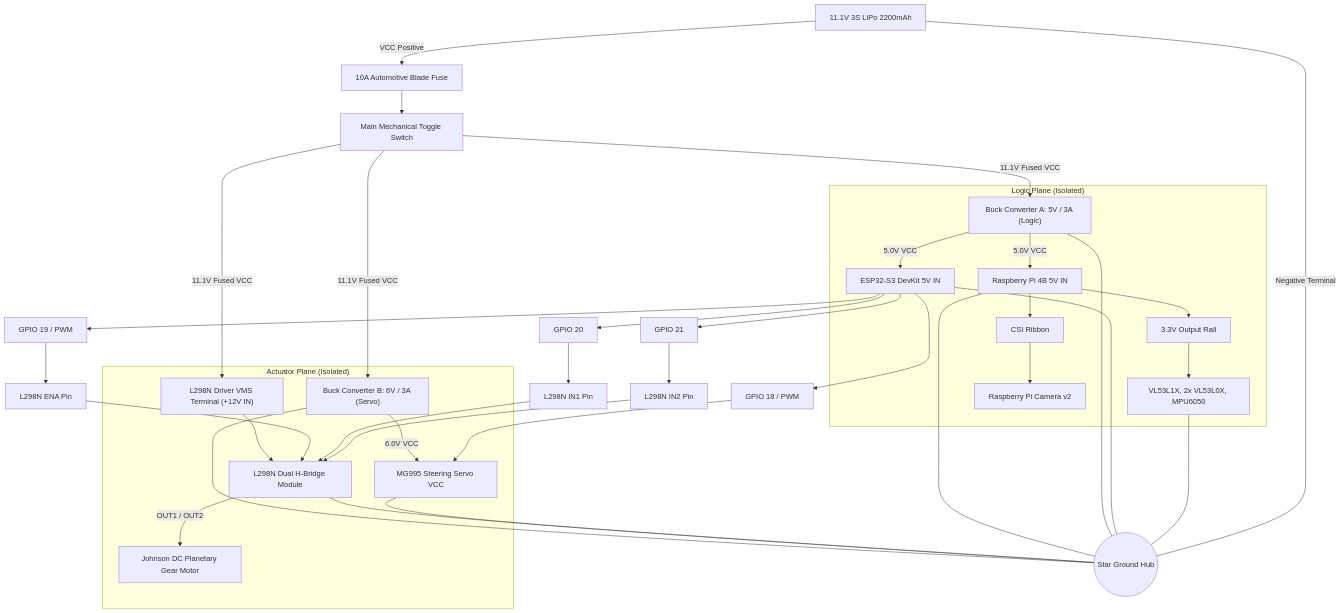
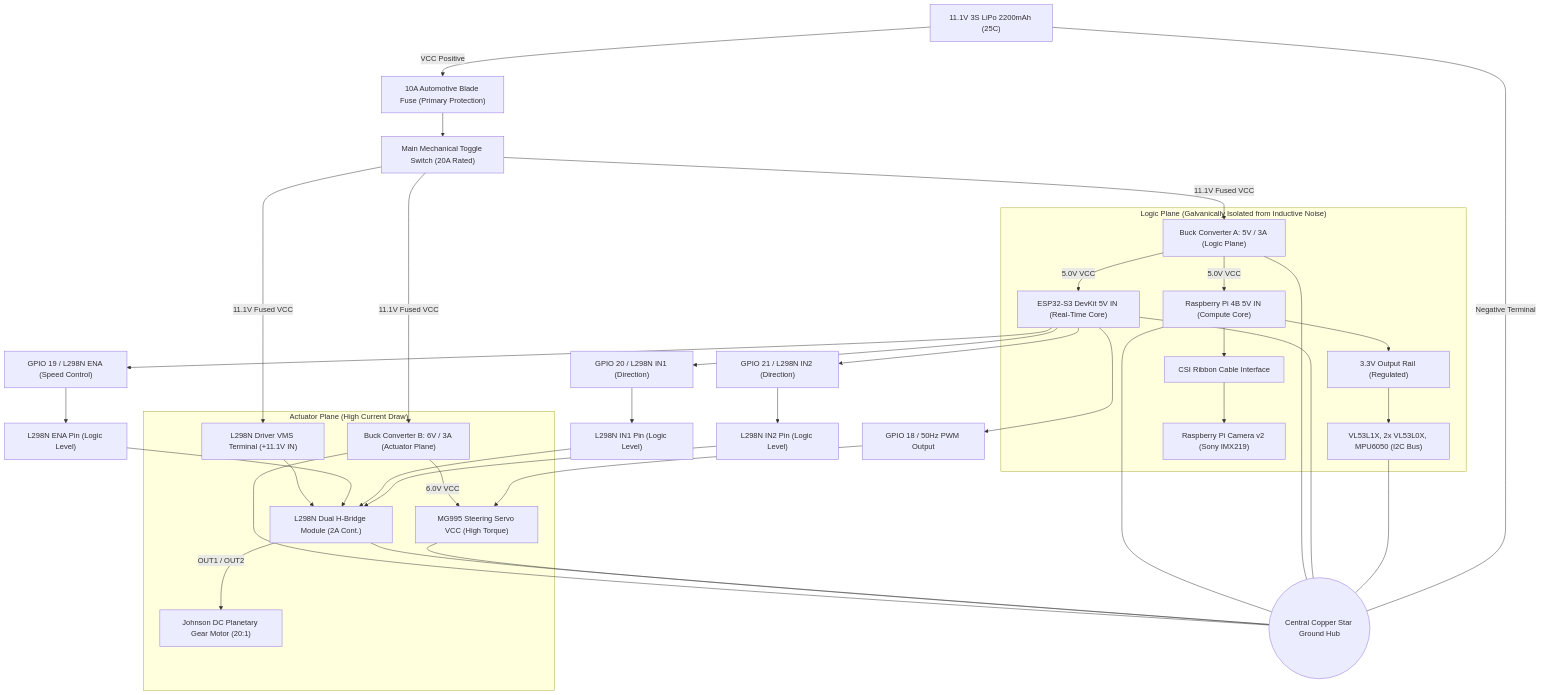
The first of 2 diagrams in docs/05_reproducibility.md (SHRUT6633/car), drawn with Mermaid before and after one commit. The commit also changed other lines of this file and 2 other files, not shown here.

````diff
--- a/docs/05_reproducibility.md
+++ b/docs/05_reproducibility.md
@@ -92,56 +97,56 @@
 ```mermaid
 graph TD
     %% Battery and Switchgear
-    BATT["11.1V 3S LiPo 2200mAh"] -->|VCC Positive| FUSE["10A Automotive Blade Fuse"]
-    FUSE --> SW["Main Mechanical Toggle Switch"]
+    BATT["11.1V 3S LiPo 2200mAh (25C)"] -->|VCC Positive| FUSE["10A Automotive Blade Fuse (Primary Protection)"]
+    FUSE --> SW["Main Mechanical Toggle Switch (20A Rated)"]
     
     %% Switched Power Split
-    SW -->|11.1V Fused VCC| BUCK_A["Buck Converter A: 5V / 3A (Logic)"]
-    SW -->|11.1V Fused VCC| BUCK_B["Buck Converter B: 6V / 3A (Servo)"]
-    SW -->|11.1V Fused VCC| L298N_VMS["L298N Driver VMS Terminal (+12V IN)"]
+    SW -->|11.1V Fused VCC| BUCK_A["Buck Converter A: 5V / 3A (Logic Plane)"]
+    SW -->|11.1V Fused VCC| BUCK_B["Buck Converter B: 6V / 3A (Actuator Plane)"]
+    SW -->|11.1V Fused VCC| L298N_VMS["L298N Driver VMS Terminal (+11.1V IN)"]
     
     %% Logic Plane
-    subgraph Logic_Plane ["Logic Plane (Isolated)"]
-        BUCK_A -->|5.0V VCC| RPI["Raspberry Pi 4B 5V IN"]
-        BUCK_A -->|5.0V VCC| ESP["ESP32-S3 DevKit 5V IN"]
+    subgraph Logic_Plane ["Logic Plane (Galvanically Isolated from Inductive Noise)"]
+        BUCK_A -->|5.0V VCC| RPI["Raspberry Pi 4B 5V IN (Compute Core)"]
+        BUCK_A -->|5.0V VCC| ESP["ESP32-S3 DevKit 5V IN (Real-Time Core)"]
         
-        RPI --> RPI_3V3["3.3V Output Rail"]
-        RPI --> RPI_CSI["CSI Ribbon"]
+        RPI --> RPI_3V3["3.3V Output Rail (Regulated)"]
+        RPI --> RPI_CSI["CSI Ribbon Cable Interface"]
         
-        RPI_3V3 --> SENSORS["VL53L1X, 2x VL53L0X, MPU6050"]
-        RPI_CSI --> CAM["Raspberry Pi Camera v2"]
+        RPI_3V3 --> SENSORS["VL53L1X, 2x VL53L0X, MPU6050 (I2C Bus)"]
+        RPI_CSI --> CAM["Raspberry Pi Camera v2 (Sony IMX219)"]
     end
     
     %% ESP32 Output Pins
-    ESP --> GPIO18["GPIO 18 / PWM"]
-    ESP --> GPIO19["GPIO 19 / PWM"]
-    ESP --> GPIO20["GPIO 20"]
-    ESP --> GPIO21["GPIO 21"]
+    ESP --> GPIO18["GPIO 18 / 50Hz PWM Output"]
+    ESP --> GPIO19["GPIO 19 / L298N ENA (Speed Control)"]
+    ESP --> GPIO20["GPIO 20 / L298N IN1 (Direction)"]
+    ESP --> GPIO21["GPIO 21 / L298N IN2 (Direction)"]
     
     %% Actuator Plane
-    subgraph Actuator_Plane ["Actuator Plane (Isolated)"]
-        BUCK_B -->|6.0V VCC| SERVO["MG995 Steering Servo VCC"]
-        L298N_VMS --> L298N_MOD["L298N Dual H-Bridge Module"]
-        L298N_MOD -->|OUT1 / OUT2| MOTOR["Johnson DC Planetary Gear Motor"]
+    subgraph Actuator_Plane ["Actuator Plane (High Current Draw)"]
+        BUCK_B -->|6.0V VCC| SERVO["MG995 Steering Servo VCC (High Torque)"]
+        L298N_VMS --> L298N_MOD["L298N Dual H-Bridge Module (2A Cont.)"]
+        L298N_MOD -->|OUT1 / OUT2| MOTOR["Johnson DC Planetary Gear Motor (20:1)"]
     end
 
     %% Signal Connections
     GPIO18 --> SERVO
-    GPIO19 --> L298N_ENA["L298N ENA Pin"]
-    GPIO20 --> L298N_IN1["L298N IN1 Pin"]
-    GPIO21 --> L298N_IN2["L298N IN2 Pin"]
+    GPIO19 --> L298N_ENA["L298N ENA Pin (Logic Level)"]
+    GPIO20 --> L298N_IN1["L298N IN1 Pin (Logic Level)"]
+    GPIO21 --> L298N_IN2["L298N IN2 Pin (Logic Level)"]
     
     L298N_ENA --> L298N_MOD
     L298N_IN1 --> L298N_MOD
     L298N_IN2 --> L298N_MOD
     
     %% Star Ground Hub
-    RPI --- STAR((Star Ground Hub))
+    RPI --- STAR((Central Copper Star Ground Hub))
     BUCK_A --- STAR
     ESP --- STAR
     SENSORS --- STAR
     BUCK_B --- STAR
     SERVO --- STAR
     L298N_MOD --- STAR
     BATT ---|Negative Terminal| STAR
 ```
````
